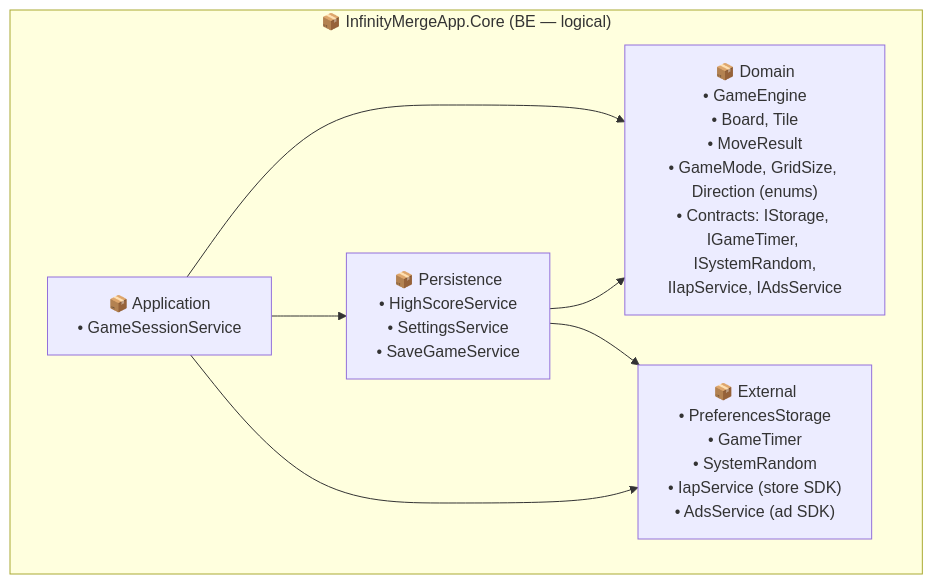
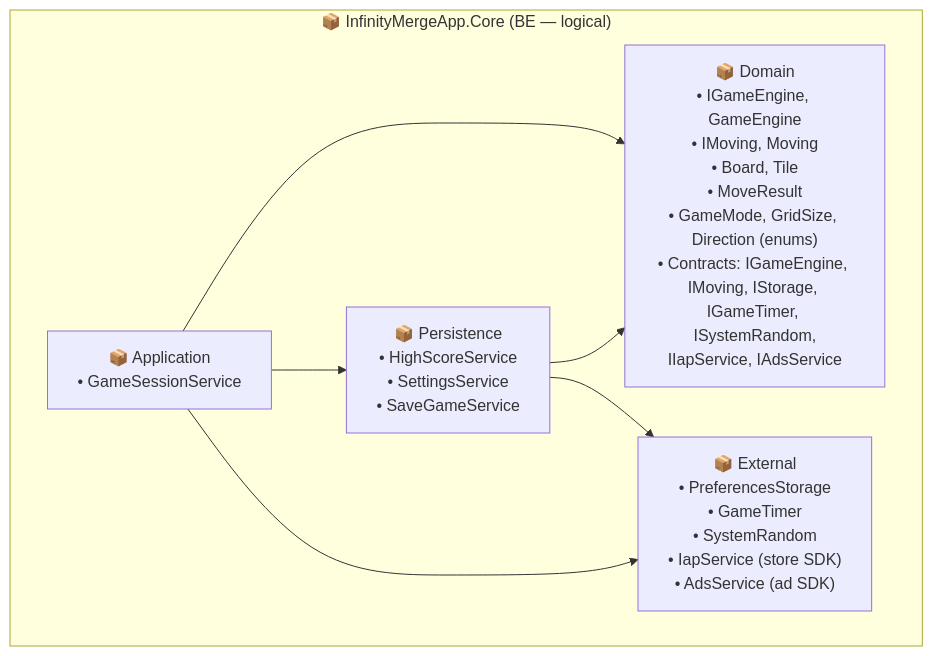
Before and after one commit to LeThaiAn15112004/2048-Infinity-Merge: the fourth of 9 diagrams in Docs/software_design.md, drawn with Mermaid. The commit also changed other lines of this file and 3 other files, not shown here.

````diff
--- a/Docs/software_design.md
+++ b/Docs/software_design.md
@@ -162,15 +163,15 @@
 ```mermaid
 flowchart TB
     subgraph BE["📦 InfinityMergeApp.Core (BE — logical)"]
         AppPkg["📦 Application<br/>• GameSessionService"]
-        DomainPkg["📦 Domain<br/>• GameEngine<br/>• Board, Tile<br/>• MoveResult<br/>• GameMode, GridSize, Direction (enums)<br/>• Contracts: IStorage, IGameTimer, ISystemRandom,<br/>IIapService, IAdsService"]
+        DomainPkg["📦 Domain<br/>• IGameEngine, GameEngine<br/>• IMoving, Moving<br/>• Board, Tile<br/>• MoveResult<br/>• GameMode, GridSize, Direction (enums)<br/>• Contracts: IGameEngine, IMoving, IStorage, IGameTimer, ISystemRandom,<br/>IIapService, IAdsService"]
         PersistPkg["📦 Persistence<br/>• HighScoreService<br/>• SettingsService<br/>• SaveGameService"]
         InfraPkg["📦 External<br/>• PreferencesStorage<br/>• GameTimer<br/>• SystemRandom<br/>• IapService (store SDK)<br/>• AdsService (ad SDK)"]
     end
 
     AppPkg --> DomainPkg
     AppPkg --> PersistPkg
     AppPkg --> InfraPkg
     PersistPkg --> DomainPkg
     PersistPkg --> InfraPkg
 ```
````
